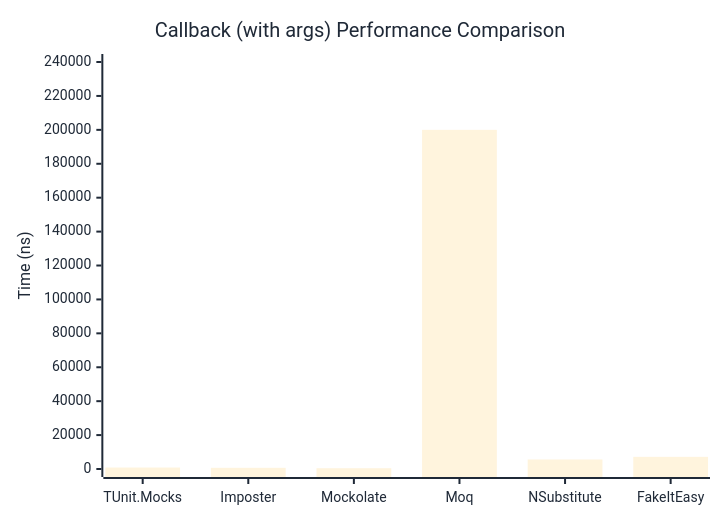
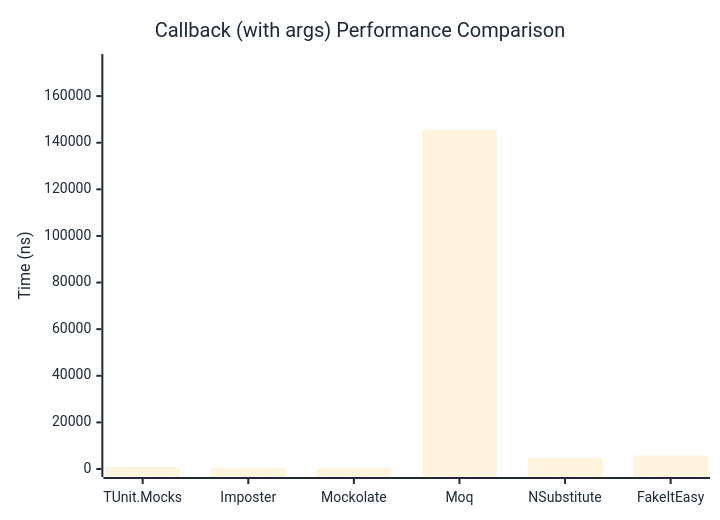
The second of 2 diagrams in docs/docs/benchmarks/mocks/Callback.md (thomhurst/TUnit), drawn with Mermaid before and after one commit. The commit also changed other lines of this file and 14 other files, not shown here.

````diff
--- a/docs/docs/benchmarks/mocks/Callback.md
+++ b/docs/docs/benchmarks/mocks/Callback.md
@@ -71,27 +71,27 @@
 ```mermaid
 %%{init: {
   'theme':'base',
   'themeVariables': {
     'primaryColor': '#2563eb',
     'primaryTextColor': '#1f2937',
     'primaryBorderColor': '#1e40af',
     'lineColor': '#6b7280',
     'secondaryColor': '#7c3aed',
     'tertiaryColor': '#dc2626',
     'background': '#ffffff',
     'pie1': '#2563eb',
     'pie2': '#7c3aed',
     'pie3': '#dc2626',
     'pie4': '#f59e0b',
     'pie5': '#10b981',
     'pie6': '#06b6d4',
     'pie7': '#ec4899',
     'pie8': '#6366f1'
   }
 }}%%
 xychart-beta
   title "Callback (with args) Performance Comparison"
   x-axis ["TUnit.Mocks", "Imposter", "Mockolate", "Moq", "NSubstitute", "FakeItEasy"]
-  y-axis "Time (ns)" 0 --> 240016
-  bar [864, 701.6, 467.1, 200012.9, 5622.9, 7172.4]
+  y-axis "Time (ns)" 0 --> 174633
+  bar [789.6, 564.2, 392.6, 145527.5, 4960.2, 5776.2]
 ```
````
